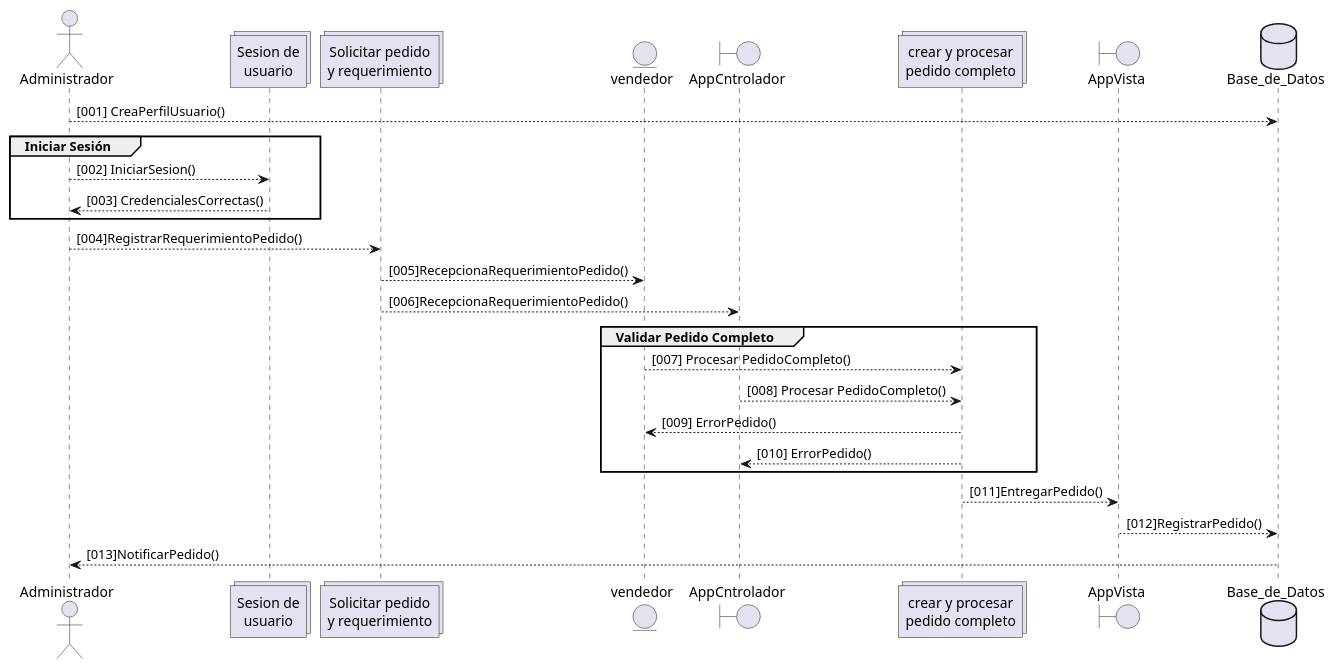
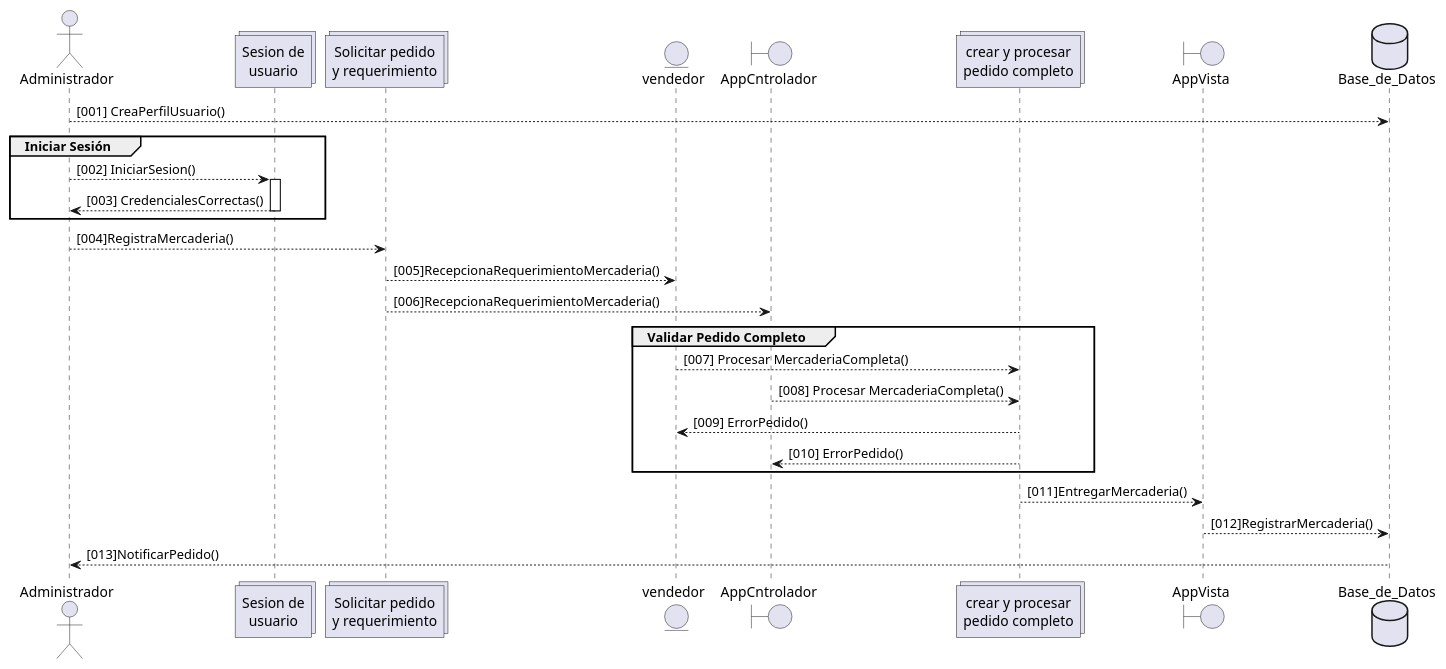
Before and after one commit to AQPRenzo/logistica: the diagram in src/main/java/org/logistica/uml/D_Secuences.puml, drawn with PlantUML. The commit also changed other lines of this file and 7 other files, not shown here.

Commit message:
Iteración-uml [1.c.002] v1.02

```diff
--- a/src/main/java/org/logistica/uml/D_Secuences.puml
+++ b/src/main/java/org/logistica/uml/D_Secuences.puml
@@ -1,29 +1,31 @@
 @startuml
 actor Administrador as AD
 collections "Sesion de\nusuario" as SU
 collections "Solicitar pedido\ny requerimiento" as SR
 entity vendedor as  VD
 boundary AppCntrolador as AC
 collections "crear y procesar\npedido completo" as CP
 boundary AppVista as AV
 database Base_de_Datos as DB
 
-
 AD --> DB : [001] CreaPerfilUsuario()
 group Iniciar Sesión
 AD --> SU: [002] IniciarSesion()
+activate SU
 SU --> AD : [003] CredencialesCorrectas()
+deactivate SU
 end group
-AD--> SR :[004]RegistrarRequerimientoPedido()
-SR--> VD :[005]RecepcionaRequerimientoPedido()
-SR--> AC :[006]RecepcionaRequerimientoPedido()
+AD--> SR :[004]RegistraMercaderia()
+SR--> VD :[005]RecepcionaRequerimientoMercaderia()
+SR--> AC :[006]RecepcionaRequerimientoMercaderia()
 group Validar Pedido Completo
-VD --> CP: [007] Procesar PedidoCompleto()
-AC --> CP :[008] Procesar PedidoCompleto()
+VD --> CP: [007] Procesar MercaderiaCompleta()
+AC --> CP :[008] Procesar MercaderiaCompleta()
 VD <-- CP :[009] ErrorPedido()
 AC <-- CP :[010] ErrorPedido()
 end group
-CP --> AV :[011]EntregarPedido()
-AV --> DB :[012]RegistrarPedido()
+CP --> AV :[011]EntregarMercaderia()
+AV --> DB :[012]RegistrarMercaderia()
 DB --> AD:[013]NotificarPedido()
+
 @enduml
```
